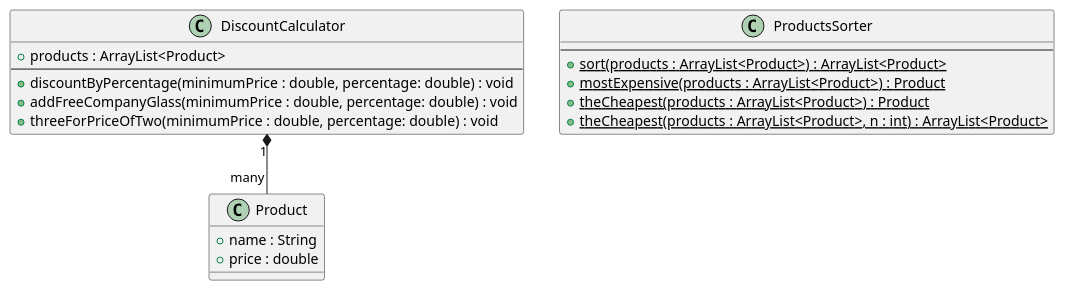
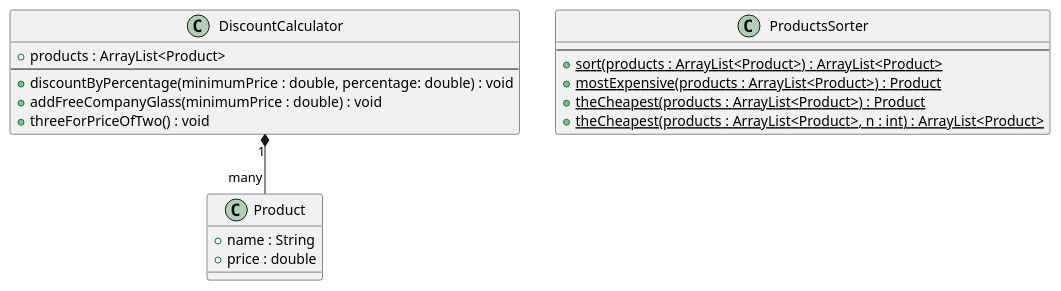
The diagram in UML/diagram2.puml (PJMPR/lab03-intruduction-to-classes), drawn with PlantUML before and after one commit.

Commit message:
lab03 fix diagram

```diff
--- a/UML/diagram2.puml
+++ b/UML/diagram2.puml
@@ -1,27 +1,27 @@
 @startuml test
 
 
 class Product {
     + name : String
     + price : double
 }
 
 DiscountCalculator "1" *-- "many" Product
 
 class DiscountCalculator {
     + products : ArrayList<Product>
     ----
     + discountByPercentage(minimumPrice : double, percentage: double) : void
-    + addFreeCompanyGlass(minimumPrice : double, percentage: double) : void
-    + threeForPriceOfTwo(minimumPrice : double, percentage: double) : void
+    + addFreeCompanyGlass(minimumPrice : double) : void
+    + threeForPriceOfTwo() : void
 }
 
 class ProductsSorter {
     ----
     + {static}  sort(products : ArrayList<Product>) : ArrayList<Product>
     + {static}  mostExpensive(products : ArrayList<Product>) : Product
     + {static}  theCheapest(products : ArrayList<Product>) : Product
     + {static}  theCheapest(products : ArrayList<Product>, n : int) : ArrayList<Product>
 }
 
 @enduml
```
